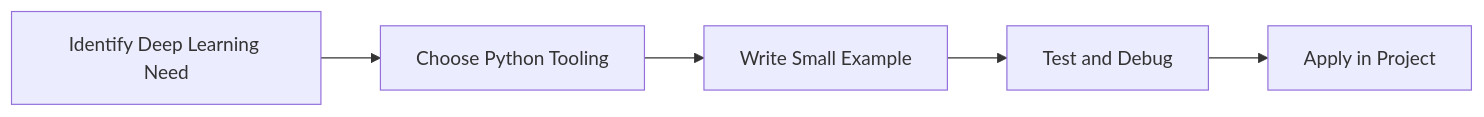
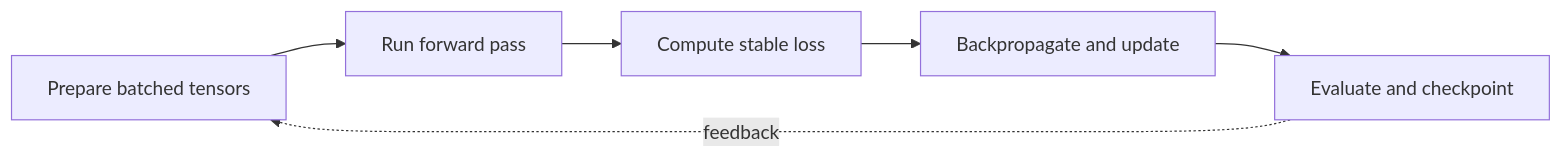
Before and after one commit to SYMOIZ/E-Learning-Portal: the diagram in Python-Mastery/Advanced/24-deep-learning.md, drawn with Mermaid. The commit also changed other lines of this file and 116 other files, not shown here.

````diff
--- a/Python-Mastery/Advanced/24-deep-learning.md
+++ b/Python-Mastery/Advanced/24-deep-learning.md
@@ -129,7 +158,8 @@
 ```mermaid
 flowchart LR
-    A[Identify Deep Learning Need] --> B[Choose Python Tooling]
-    B --> C[Write Small Example]
-    C --> D[Test and Debug]
-    D --> E[Apply in Project]
+    A[Prepare batched tensors] --> B[Run forward pass]
+    B --> C[Compute stable loss]
+    C --> D[Backpropagate and update]
+    D --> E[Evaluate and checkpoint]
+    E -. feedback .-> A
 ```
````
